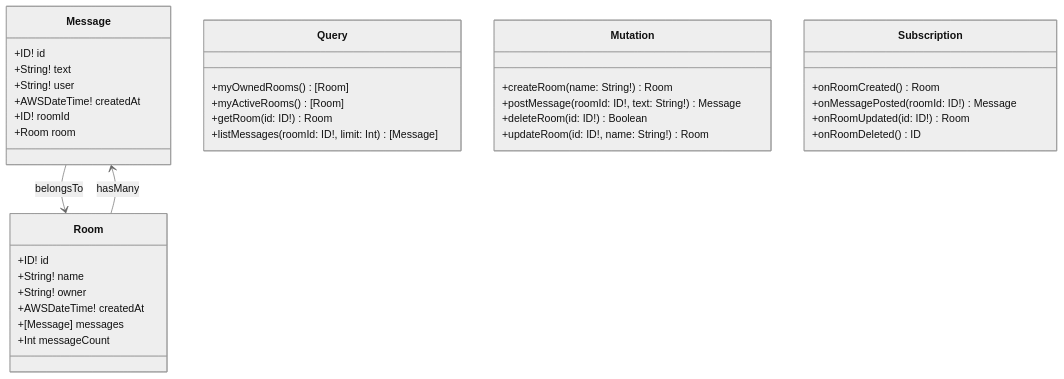
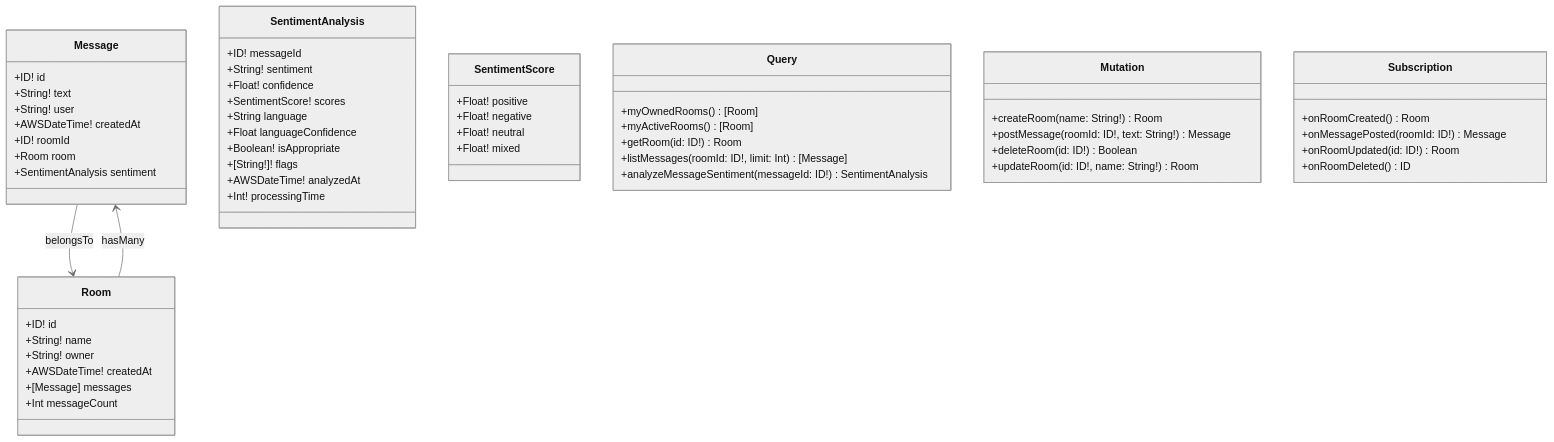
The third of 24 diagrams in doc/design/API設計詳細.md (keitti73/chat_app_by_ai), drawn with Mermaid (neutral theme) before and after one commit. The commit also changed other lines of this file and 14 other files, not shown here.

First line of the commit message:
feat(lambda): Implement advanced sentiment analysis resolver with AWS Comprehend integration

````diff
--- a/doc/design/API設計詳細.md
+++ b/doc/design/API設計詳細.md
@@ -72,44 +89,66 @@
 ```mermaid
 classDiagram
     class Message {
         +ID! id
         +String! text
         +String! user
         +AWSDateTime! createdAt
         +ID! roomId
         +Room room
+        +SentimentAnalysis sentiment
     }
     
     class Room {
         +ID! id
         +String! name
         +String! owner
         +AWSDateTime! createdAt
         +[Message] messages
         +Int messageCount
     }
     
+    class SentimentAnalysis {
+        +ID! messageId
+        +String! sentiment
+        +Float! confidence
+        +SentimentScore! scores
+        +String language
+        +Float languageConfidence
+        +Boolean! isAppropriate
+        +[String!]! flags
+        +AWSDateTime! analyzedAt
+        +Int! processingTime
+    }
+    
+    class SentimentScore {
+        +Float! positive
+        +Float! negative
+        +Float! neutral
+        +Float! mixed
+    }
+    
     class Query {
         +myOwnedRooms() [Room]
         +myActiveRooms() [Room]
         +getRoom(id: ID!) Room
         +listMessages(roomId: ID!, limit: Int) [Message]
+        +analyzeMessageSentiment(messageId: ID!) SentimentAnalysis
     }
     
     class Mutation {
         +createRoom(name: String!) Room
         +postMessage(roomId: ID!, text: String!) Message
         +deleteRoom(id: ID!) Boolean
         +updateRoom(id: ID!, name: String!) Room
     }
     
     class Subscription {
         +onRoomCreated() Room
         +onMessagePosted(roomId: ID!) Message
         +onRoomUpdated(id: ID!) Room
         +onRoomDeleted() ID
     }
     
     Message --> Room : belongsTo
     Room --> Message : hasMany
 ```
````
